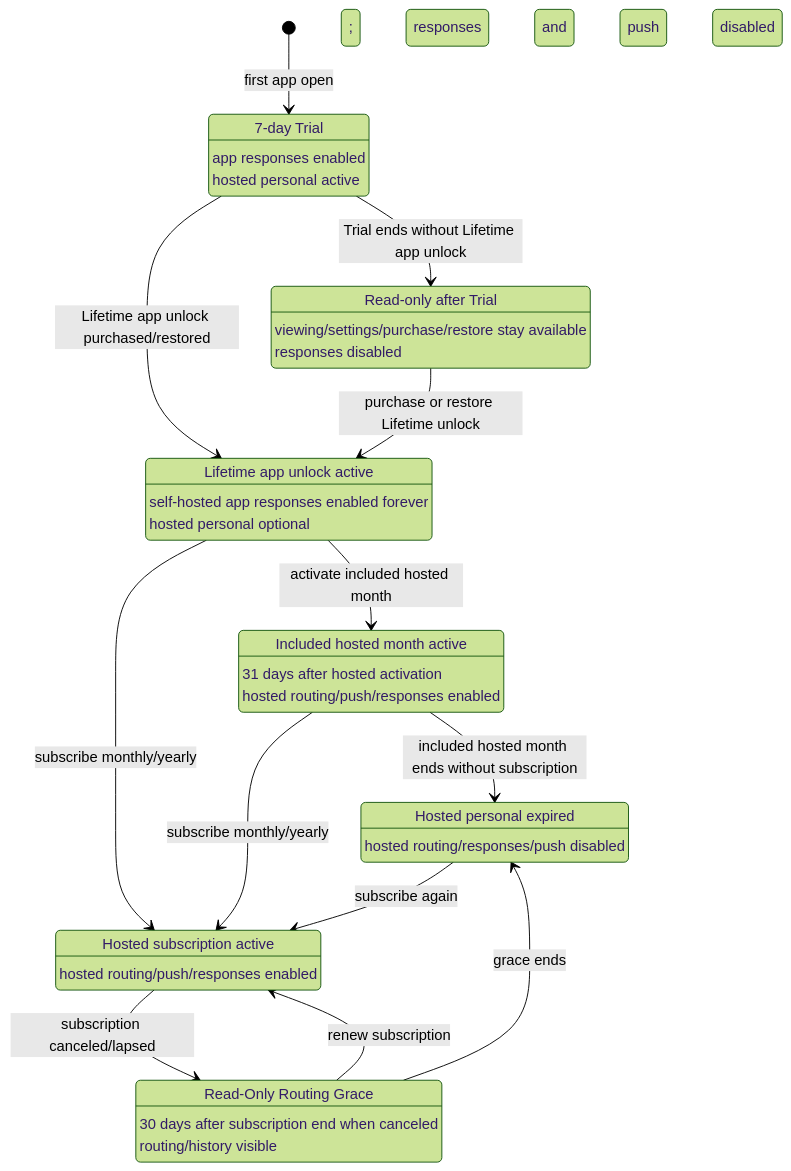
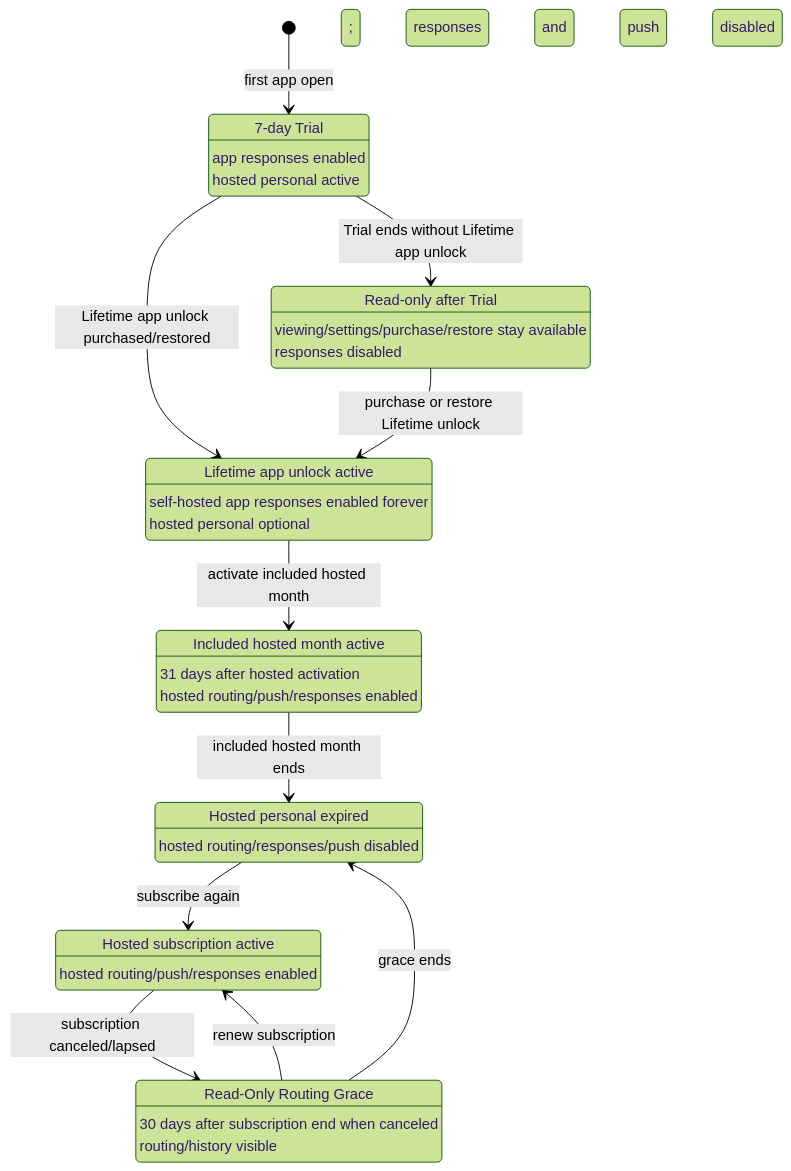
The diagram in docs/entitlement-lifecycle.md (self-deprecated/agent-tick), drawn with Mermaid (forest theme) before and after one commit. The commit also changed other lines of this file and 21 other files, not shown here.

Commit message:
feat(billing): align hosted subscription lifecycle

````diff
--- a/docs/entitlement-lifecycle.md
+++ b/docs/entitlement-lifecycle.md
@@ -12,40 +12,38 @@
 ```mermaid
 stateDiagram-v2
   [*] --> TrialActive: first app open
   TrialActive: 7-day Trial
   TrialActive: app responses enabled
   TrialActive: hosted personal active
   TrialActive --> TrialReadOnly: Trial ends without Lifetime app unlock
   TrialActive --> LifetimeUnlocked: Lifetime app unlock purchased/restored
 
   TrialReadOnly: Read-only after Trial
   TrialReadOnly: viewing/settings/purchase/restore stay available
   TrialReadOnly: responses disabled
   TrialReadOnly --> LifetimeUnlocked: purchase or restore Lifetime unlock
 
   LifetimeUnlocked: Lifetime app unlock active
   LifetimeUnlocked: self-hosted app responses enabled forever
   LifetimeUnlocked: hosted personal optional
   LifetimeUnlocked --> IncludedHostedMonth: activate included hosted month
-  LifetimeUnlocked --> HostedSubscriptionActive: subscribe monthly/yearly
 
   IncludedHostedMonth: Included hosted month active
   IncludedHostedMonth: 31 days after hosted activation
   IncludedHostedMonth: hosted routing/push/responses enabled
-  IncludedHostedMonth --> HostedExpired: included hosted month ends without subscription
-  IncludedHostedMonth --> HostedSubscriptionActive: subscribe monthly/yearly
+  IncludedHostedMonth --> HostedExpired: included hosted month ends
 
   HostedSubscriptionActive: Hosted subscription active
   HostedSubscriptionActive: hosted routing/push/responses enabled
   HostedSubscriptionActive --> ReadOnlyRoutingGrace: subscription canceled/lapsed
 
   ReadOnlyRoutingGrace: Read-Only Routing Grace
   ReadOnlyRoutingGrace: 30 days after subscription end when canceled
   ReadOnlyRoutingGrace: routing/history visible; responses and push disabled
   ReadOnlyRoutingGrace --> HostedSubscriptionActive: renew subscription
   ReadOnlyRoutingGrace --> HostedExpired: grace ends
 
   HostedExpired: Hosted personal expired
   HostedExpired: hosted routing/responses/push disabled
   HostedExpired --> HostedSubscriptionActive: subscribe again
 ```
````
